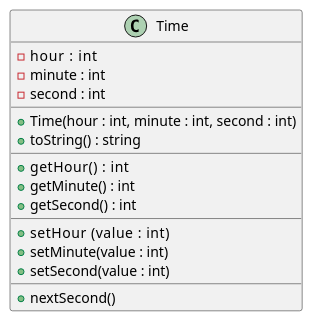
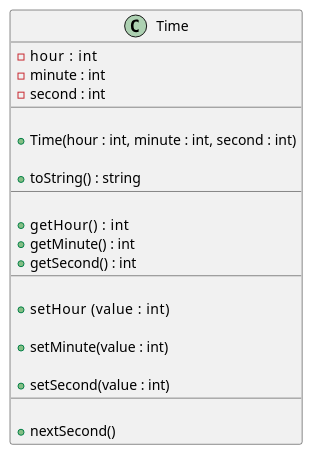
One commit to qxcodepoo/arcade changed the diagram in base/036/.cache/Readme.md. Above: the diagram before and after it, drawn with PlantUML. The commit also changed 14 other files, not shown here.

````diff
--- a/base/036/.cache/Readme.md
+++ b/base/036/.cache/Readme.md
@@ -37,40 +41,44 @@
 ```plantuml
 class Time {
   - hour   : int
   - minute : int
   - second : int
   __
-  '
+  
   ' inicializa os atributos todos para 0
   ' invoca os métodos setHour, setMinute e setSecond
   ' para tentar atribuir valores válidos
   + Time(hour : int, minute : int, second : int)
-  '
+  
   ' retorna string no formato hh:mm:ss
   + toString() : string
   __
-  '
+  
   ' apenas retorna o valor dos atributos
   + getHour()   : int
   + getMinute() : int
   + getSecond() : int
   __
-  ' 
-  ' se valor for válido, atribui ao atributo hour
+  
+  ' se valor for válido
+  '  atribui ao atributo hour
   ' emite erro se for inválido
   + setHour  (value   : int)
-  '
-  ' se valor for válido, atribui ao atributo minute
+  
+  ' se valor for válido
+  '   atribui ao atributo minute
   ' emite erro se for inválido
   + setMinute(value : int)
-  '
-  ' se valor for válido, atribui ao atributo second
+  
+  ' se valor for válido
+  '   atribui ao atributo second
+  ' emite erro se for inválido
   + setSecond(value : int)
   __
-  '
+  
   ' incrementa o atributo second em um segundo
   ' então, se necessário, incrementa o atributo minute
   ' e, se necessário, incrementa o atributo hour
   + nextSecond()
 }
 ```
````
